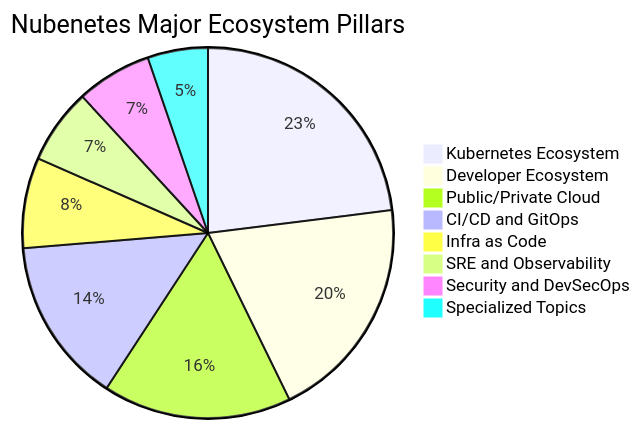
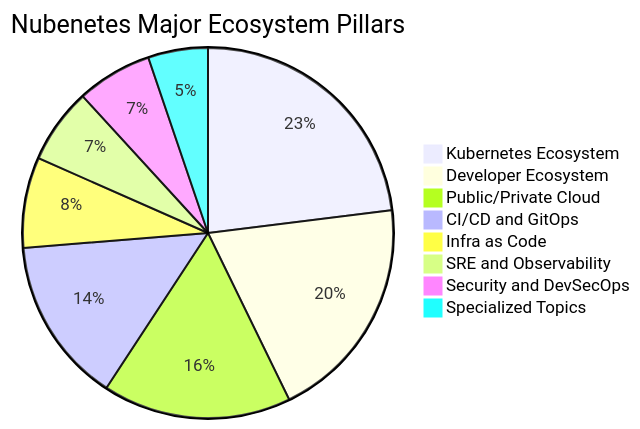
The first of 10 diagrams in README.md (nubenetes/awesome-kubernetes), drawn with Mermaid before and after one commit. The commit also changed other lines of this file, not shown here.

````diff
--- a/README.md
+++ b/README.md
@@ -185,11 +185,11 @@
 ```mermaid
 pie title Nubenetes Major Ecosystem Pillars
     "Kubernetes Ecosystem" : 3500
     "Developer Ecosystem" : 3000
     "Public/Private Cloud" : 2500
     "CI/CD and GitOps" : 2200
     "Infra as Code" : 1200
     "SRE and Observability" : 1000
     "Security and DevSecOps" : 1000
-    "Specialized Topics" : 800
+    "Specialized Topics" : 793
 ```
````
